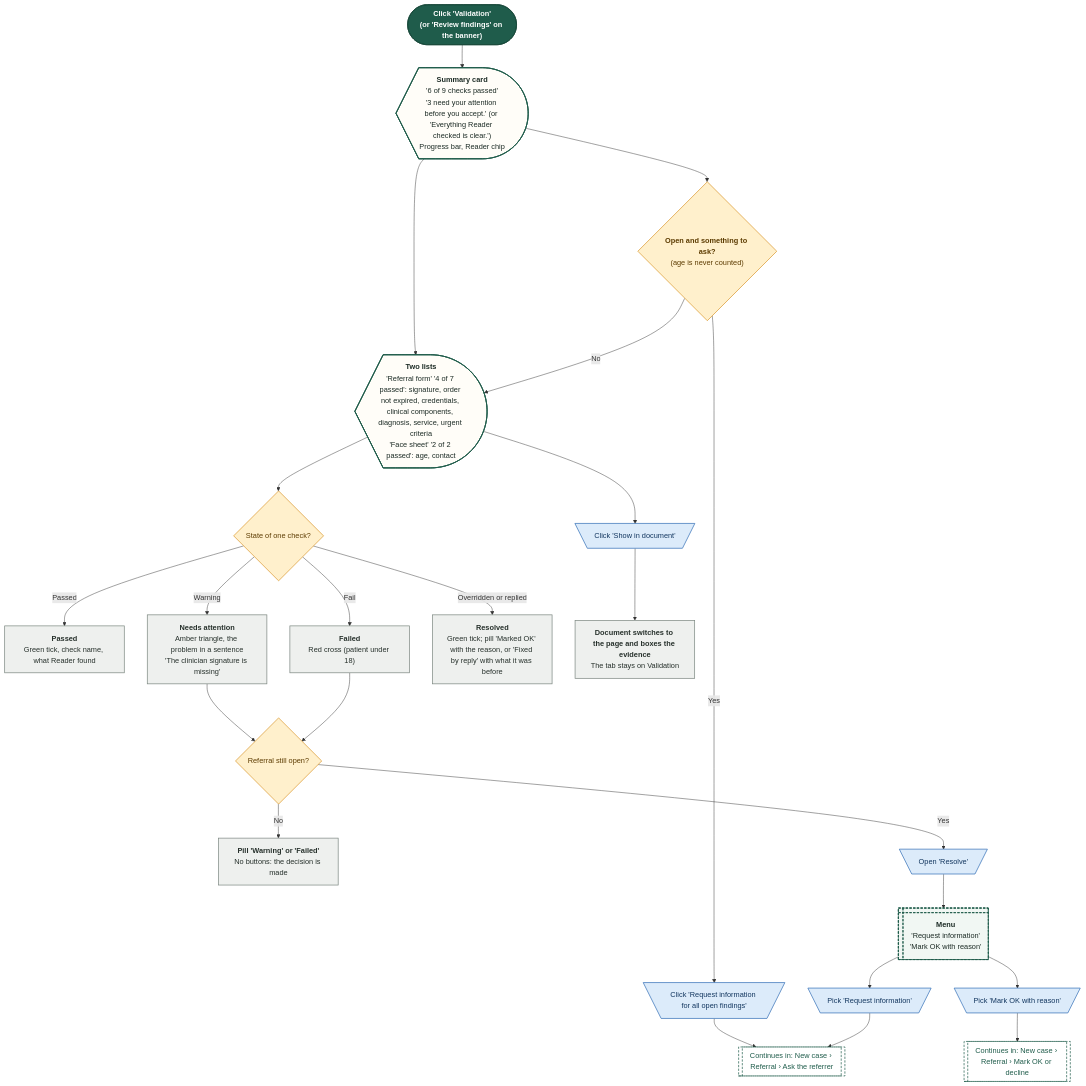
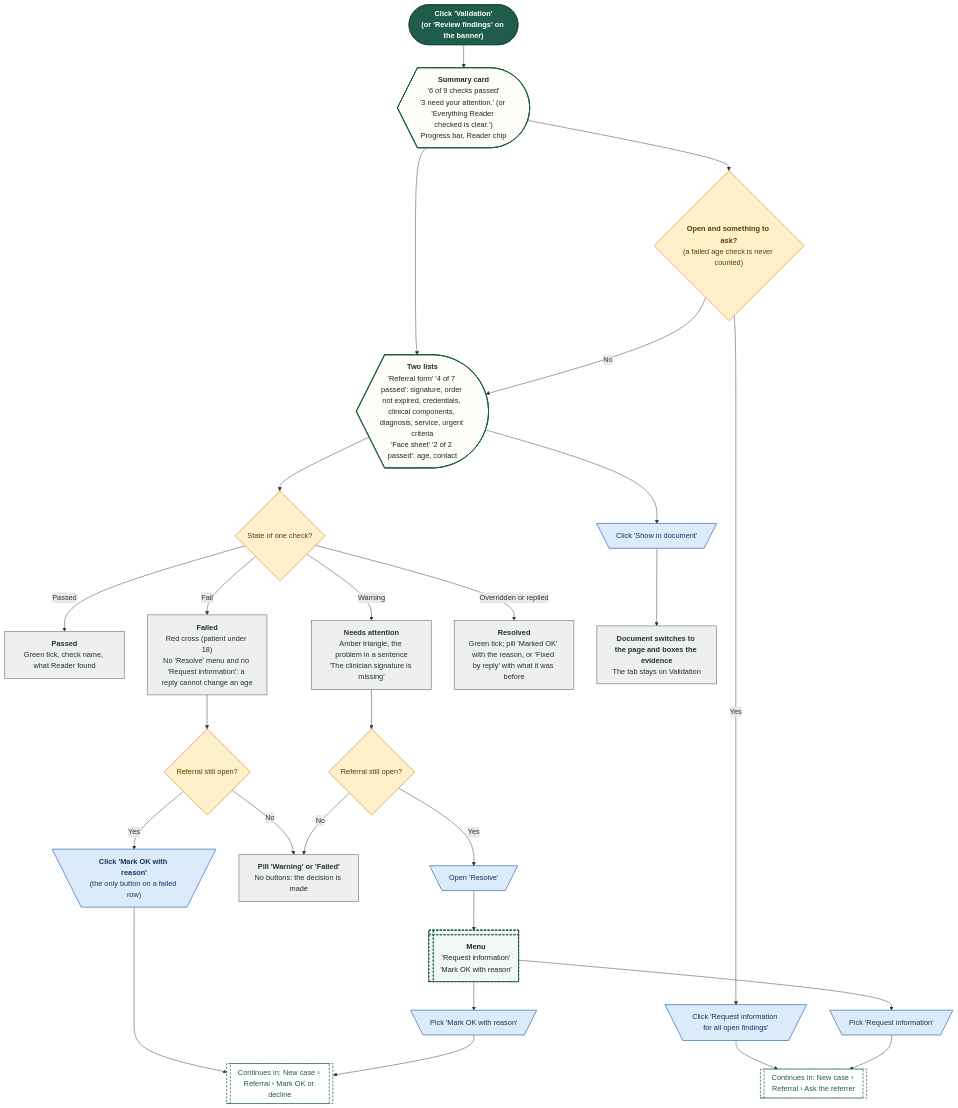
Before and after one commit to Shrav143/psyfloapp: diagram 12 of 36 in demos/prior-auth-demo/workflows/out/md/04-new-case.md, drawn with Mermaid. The commit also changed other lines of this file and 195 other files, not shown here.

First line of the commit message:
docs: Rebuild workflow diagrams after the demo fixes (220 diagrams)

````diff
--- a/demos/prior-auth-demo/workflows/out/md/04-new-case.md
+++ b/demos/prior-auth-demo/workflows/out/md/04-new-case.md
@@ -1001,63 +1035,67 @@
 ```mermaid
 %%{init: {"theme":"base","themeVariables":{"fontFamily":"'DM Sans', 'Segoe UI', system-ui, sans-serif","fontSize":"15px","lineColor":"#5B6B63","primaryTextColor":"#1C2B25","clusterBkg":"#FBF8F3","clusterBorder":"#D9CDBB","edgeLabelBackground":"#FFFFFF"},"flowchart":{"curve":"basis","nodeSpacing":36,"rankSpacing":48,"padding":12,"htmlLabels":true,"useMaxWidth":false,"wrappingWidth":230}} }%%
 flowchart TD
   classDef k_start fill:#1F5C4B,stroke:#174638,color:#FFFFFF,stroke-width:1.5px,font-weight:600
   classDef k_end fill:#DDEFE3,stroke:#2E7D4F,color:#14502F,stroke-width:1.5px,font-weight:600
   classDef k_endx fill:#FBE3E0,stroke:#C0392B,color:#7A1F16,stroke-width:1.5px,font-weight:600
   classDef k_screen fill:#FFFDF8,stroke:#1F5C4B,color:#1C2B25,stroke-width:2px
   classDef k_overlay fill:#F1F7F3,stroke:#1F5C4B,color:#1C2B25,stroke-width:2px,stroke-dasharray:5 3
   classDef k_click fill:#DCEBFA,stroke:#2F6DB5,color:#12365F,stroke-width:1.5px
   classDef k_input fill:#E4E7FF,stroke:#4C5FD5,color:#1D2670,stroke-width:1.5px
   classDef k_process fill:#EEF0EE,stroke:#7A857F,color:#26302B,stroke-width:1.5px
   classDef k_agent fill:#EEE5FA,stroke:#7A4FC2,color:#341A63,stroke-width:1.5px
   classDef k_decision fill:#FFF0CC,stroke:#D9962B,color:#5C3B00,stroke-width:1.5px
   classDef k_store fill:#D5F0EA,stroke:#1C8E7B,color:#0B4A3F,stroke-width:1.5px
   classDef k_doc fill:#F6E9DC,stroke:#B07A4C,color:#4A2E14,stroke-width:1.5px
   classDef k_ext fill:#FFE6D2,stroke:#E07B39,color:#6B2F06,stroke-width:1.5px
   classDef k_wait fill:#E4E8EE,stroke:#6B7C93,color:#26303D,stroke-width:1.5px
   classDef k_toast fill:#FFF9DB,stroke:#C9A400,color:#5A4A00,stroke-width:1.5px
   classDef k_goto fill:#FFFFFF,stroke:#1F5C4B,color:#1F5C4B,stroke-width:1.5px,stroke-dasharray:5 3
   s1@{ shape: stadium, label: "<b>Click 'Validation'</b><br/>(or 'Review findings' on the banner)" }
-  sc1@{ shape: curv-trap, label: "<b>Summary card</b><br/>'6 of 9 checks passed'<br/>'3 need your attention before you accept.' (or 'Everything Reader checked is clear.')<br/>Progress bar, Reader chip" }
+  sc1@{ shape: curv-trap, label: "<b>Summary card</b><br/>'6 of 9 checks passed'<br/>'3 need your attention.' (or 'Everything Reader checked is clear.')<br/>Progress bar, Reader chip" }
   sc2@{ shape: curv-trap, label: "<b>Two lists</b><br/>'Referral form' '4 of 7 passed': signature, order not expired, credentials, clinical components, diagnosis, service, urgent criteria<br/>'Face sheet' '2 of 2 passed': age, contact" }
-  d1@{ shape: diam, label: "<b>Open and something to ask?</b><br/>(age is never counted)" }
+  d1@{ shape: diam, label: "<b>Open and something to ask?</b><br/>(a failed age check is never counted)" }
   c1@{ shape: trap-t, label: "Click 'Request information for all open findings'" }
   g1@{ shape: subproc, label: "Continues in: New case › Referral › Ask the referrer" }
   d2@{ shape: diam, label: "State of one check?" }
   r1@{ shape: rect, label: "<b>Passed</b><br/>Green tick, check name, what Reader found" }
   r2@{ shape: rect, label: "<b>Needs attention</b><br/>Amber triangle, the problem in a sentence<br/>'The clinician signature is missing'" }
-  r3@{ shape: rect, label: "<b>Failed</b><br/>Red cross (patient under 18)" }
+  r3@{ shape: rect, label: "<b>Failed</b><br/>Red cross (patient under 18)<br/>No 'Resolve' menu and no 'Request information': a reply cannot change an age" }
   r4@{ shape: rect, label: "<b>Resolved</b><br/>Green tick; pill 'Marked OK' with the reason, or 'Fixed by reply' with what it was before" }
   d3@{ shape: diam, label: "Referral still open?" }
+  d4@{ shape: diam, label: "Referral still open?" }
+  c6@{ shape: trap-t, label: "<b>Click 'Mark OK with reason'</b><br/>(the only button on a failed row)" }
   r5@{ shape: rect, label: "<b>Pill 'Warning' or 'Failed'</b><br/>No buttons: the decision is made" }
   c2@{ shape: trap-t, label: "Click 'Show in document'" }
   p1@{ shape: rect, label: "<b>Document switches to the page and boxes the evidence</b><br/>The tab stays on Validation" }
   c3@{ shape: trap-t, label: "Open 'Resolve'" }
   o1@{ shape: win-pane, label: "<b>Menu</b><br/>'Request information'<br/>'Mark OK with reason'" }
   c4@{ shape: trap-t, label: "Pick 'Request information'" }
   c5@{ shape: trap-t, label: "Pick 'Mark OK with reason'" }
   g2@{ shape: subproc, label: "Continues in: New case › Referral › Mark OK or decline" }
   s1 --> sc1 --> sc2
   sc1 --> d1
   d1 -->|"Yes"| c1 --> g1
   d1 -->|"No"| sc2
   sc2 --> d2
   d2 -->|"Passed"| r1
   d2 -->|"Warning"| r2
   d2 -->|"Fail"| r3
   d2 -->|"Overridden or replied"| r4
   r2 --> d3
-  r3 --> d3
+  r3 --> d4
+  d4 -->|"Yes"| c6 --> g2
+  d4 -->|"No"| r5
   d3 -->|"Yes"| c3 --> o1
   d3 -->|"No"| r5
   o1 --> c4 --> g1
   o1 --> c5 --> g2
   sc2 --> c2 --> p1
   class s1 k_start
   class sc1,sc2 k_screen
-  class d1,d2,d3 k_decision
-  class c1,c2,c3,c4,c5 k_click
+  class d1,d2,d3,d4 k_decision
+  class c1,c6,c2,c3,c4,c5 k_click
   class g1,g2 k_goto
   class r1,r2,r3,r4,r5,p1 k_process
   class o1 k_overlay
 ```
````
